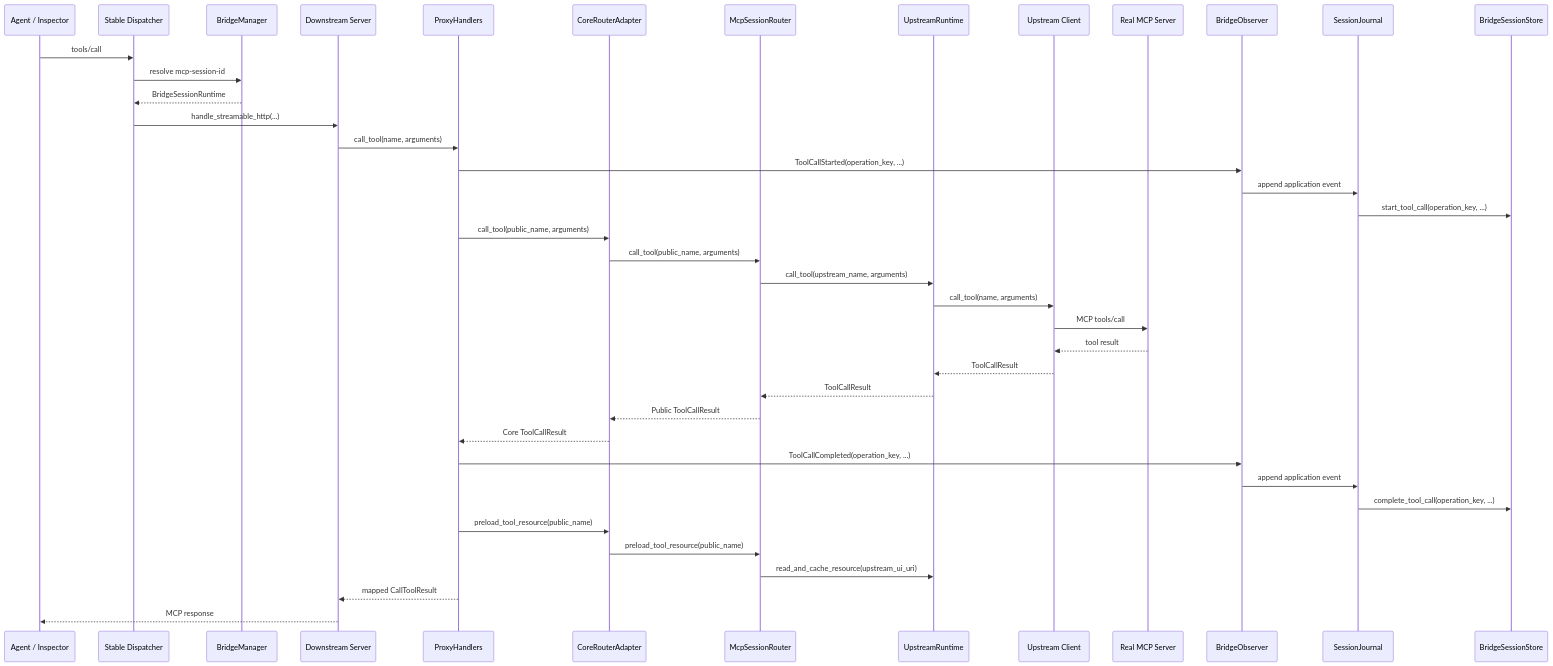
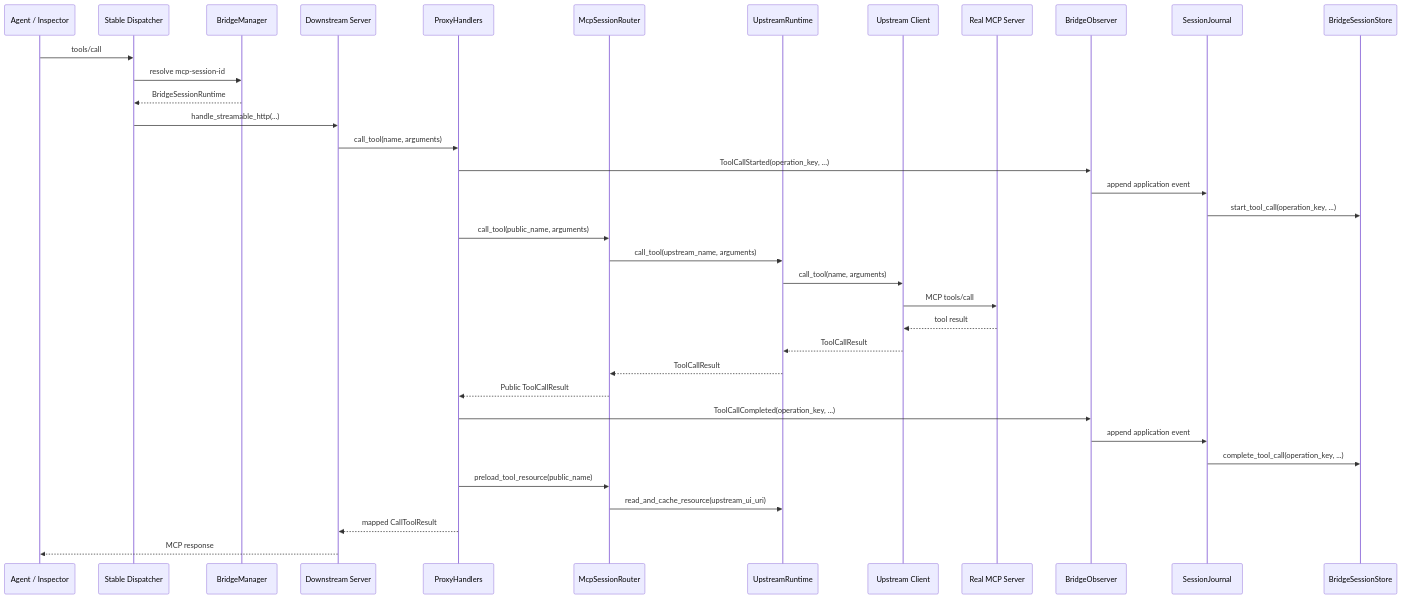
Before and after one commit to JilongSun/mcpapps-bridge: the third of 4 diagrams in docs/architecture/mcp-layer.md, drawn with Mermaid. The commit also changed other lines of this file and 20 other files, not shown here.

````diff
--- a/docs/architecture/mcp-layer.md
+++ b/docs/architecture/mcp-layer.md
@@ -236,43 +242,39 @@
 ```mermaid
 sequenceDiagram
     participant Client as Agent / Inspector
     participant API as Stable Dispatcher
     participant Manager as BridgeManager
     participant DS as Downstream Server
     participant H as ProxyHandlers
-    participant Adapter as CoreRouterAdapter
     participant Router as McpSessionRouter
     participant RT as UpstreamRuntime
     participant UP as Upstream Client
     participant Real as Real MCP Server
     participant Observer as BridgeObserver
     participant Journal as SessionJournal
     participant Store as BridgeSessionStore
 
     Client->>API: tools/call
     API->>Manager: resolve mcp-session-id
     Manager-->>API: BridgeSessionRuntime
     API->>DS: handle_streamable_http(...)
     DS->>H: call_tool(name, arguments)
     H->>Observer: ToolCallStarted(operation_key, ...)
     Observer->>Journal: append application event
     Journal->>Store: start_tool_call(operation_key, ...)
-    H->>Adapter: call_tool(public_name, arguments)
-    Adapter->>Router: call_tool(public_name, arguments)
+    H->>Router: call_tool(public_name, arguments)
     Router->>RT: call_tool(upstream_name, arguments)
     RT->>UP: call_tool(name, arguments)
     UP->>Real: MCP tools/call
     Real-->>UP: tool result
     UP-->>RT: ToolCallResult
     RT-->>Router: ToolCallResult
-    Router-->>Adapter: Public ToolCallResult
-    Adapter-->>H: Core ToolCallResult
+    Router-->>H: Public ToolCallResult
     H->>Observer: ToolCallCompleted(operation_key, ...)
     Observer->>Journal: append application event
     Journal->>Store: complete_tool_call(operation_key, ...)
-    H->>Adapter: preload_tool_resource(public_name)
-    Adapter->>Router: preload_tool_resource(public_name)
+    H->>Router: preload_tool_resource(public_name)
     Router->>RT: read_and_cache_resource(upstream_ui_uri)
     H-->>DS: mapped CallToolResult
     DS-->>Client: MCP response
 ```
````
